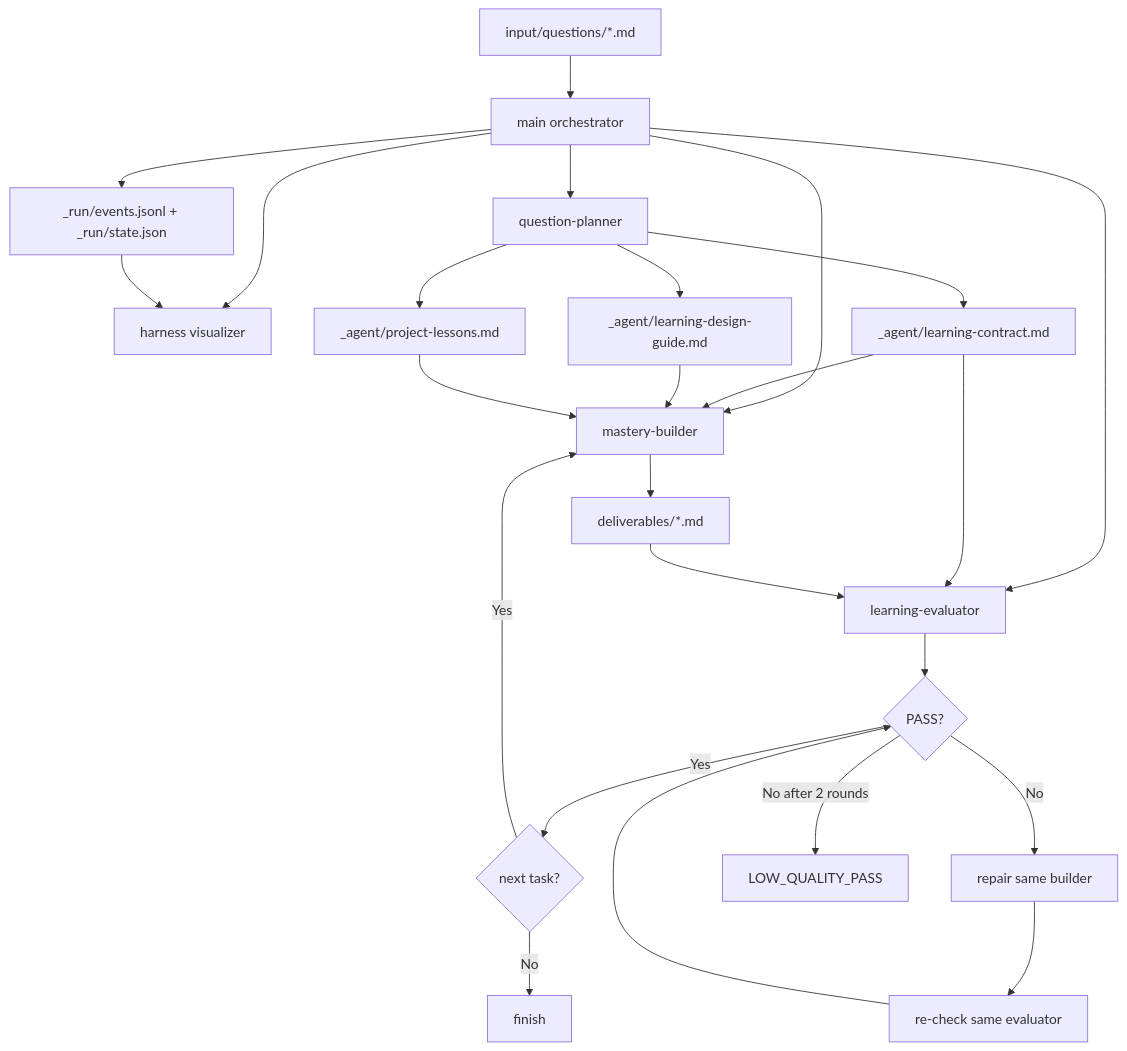
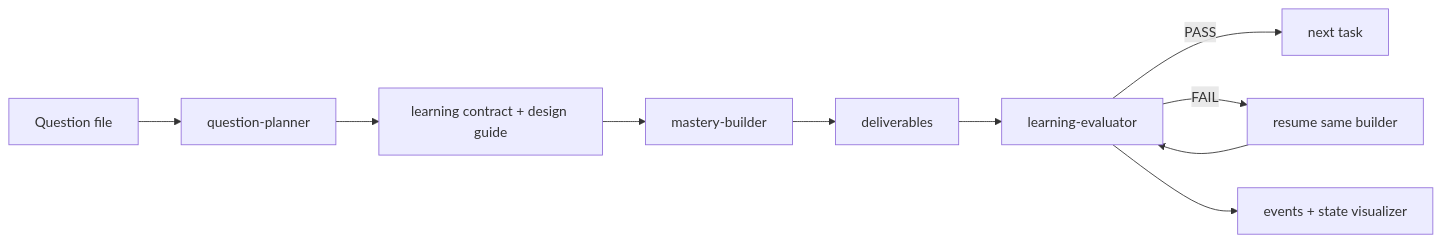
The diagram in README.md (CaoYuhaoCarl/SeedX), drawn with Mermaid before and after one commit. The commit also changed other lines of this file and 2 other files, not shown here.

````diff
--- a/README.md
+++ b/README.md
@@ -21,32 +97,12 @@
 ```mermaid
-flowchart TD
-    A[input/questions/*.md] --> O[main orchestrator]
-    O --> R[_run/events.jsonl + _run/state.json]
-    O --> V[harness visualizer]
-    R --> V
-
-    O --> B[question-planner]
-    B --> C[_agent/learning-contract.md]
-    B --> C2[_agent/learning-design-guide.md]
-    B --> C3[_agent/project-lessons.md]
-
-    O --> D[mastery-builder]
-    C --> D
-    C2 --> D
-    C3 --> D
-    D --> E[deliverables/*.md]
-
-    O --> F[learning-evaluator]
-    C --> F
-    E --> F
-    F --> G{PASS?}
-
-    G -- Yes --> H{next task?}
-    H -- Yes --> D
-    H -- No --> Z[finish]
-
-    G -- No --> I[repair same builder]
-    I --> J[re-check same evaluator]
-    J --> G
-    G -- No after 2 rounds --> Q[LOW_QUALITY_PASS]
+flowchart LR
+    A[Question file] --> P[question-planner]
+    P --> C[learning contract + design guide]
+    C --> B[mastery-builder]
+    B --> D[deliverables]
+    D --> E[learning-evaluator]
+    E -->|PASS| N[next task]
+    E -->|FAIL| R[resume same builder]
+    R --> E
+    E --> V[events + state visualizer]
 ```
````
